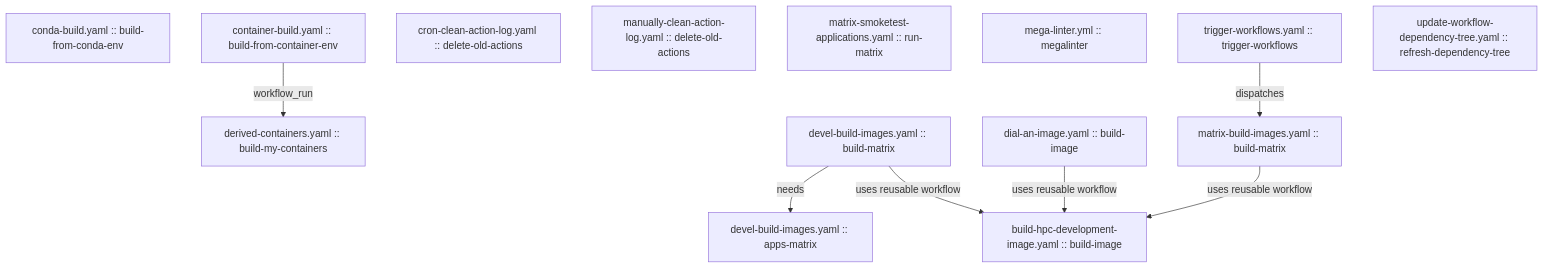
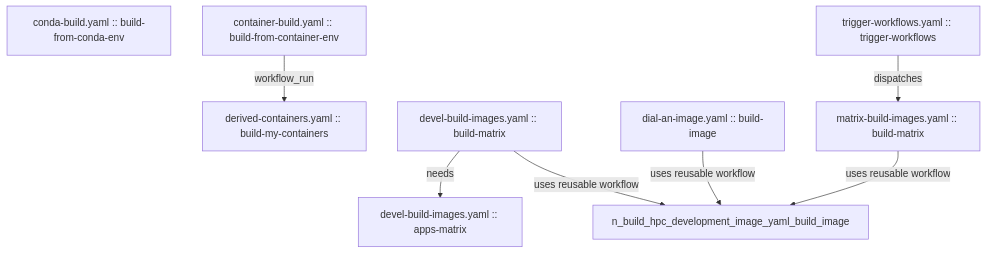
One commit to kedziora-csg/demo_github_actions changed the diagram in .github/workflows/DEPENDENCY_TREE.md. Above: the diagram before and after it, drawn with Mermaid. The commit also changed 3 other files, not shown here.

````diff
--- a/.github/workflows/DEPENDENCY_TREE.md
+++ b/.github/workflows/DEPENDENCY_TREE.md
@@ -9,24 +9,18 @@
 ```mermaid
 flowchart TD
-  n_build_hpc_development_image_yaml_build_image[build-hpc-development-image.yaml :: build-image]
   n_conda_build_yaml_build_from_conda_env[conda-build.yaml :: build-from-conda-env]
   n_container_build_yaml_build_from_container_env[container-build.yaml :: build-from-container-env]
-  n_cron_clean_action_log_yaml_delete_old_actions[cron-clean-action-log.yaml :: delete-old-actions]
   n_derived_containers_yaml_build_my_containers[derived-containers.yaml :: build-my-containers]
   n_devel_build_images_yaml_apps_matrix[devel-build-images.yaml :: apps-matrix]
   n_devel_build_images_yaml_build_matrix[devel-build-images.yaml :: build-matrix]
   n_dial_an_image_yaml_build_image[dial-an-image.yaml :: build-image]
-  n_manually_clean_action_log_yaml_delete_old_actions[manually-clean-action-log.yaml :: delete-old-actions]
   n_matrix_build_images_yaml_build_matrix[matrix-build-images.yaml :: build-matrix]
-  n_matrix_smoketest_applications_yaml_run_matrix[matrix-smoketest-applications.yaml :: run-matrix]
-  n_mega_linter_yml_megalinter[mega-linter.yml :: megalinter]
   n_trigger_workflows_yaml_trigger_workflows[trigger-workflows.yaml :: trigger-workflows]
-  n_update_workflow_dependency_tree_yaml_refresh_dependency_tree[update-workflow-dependency-tree.yaml :: refresh-dependency-tree]
 
   n_container_build_yaml_build_from_container_env -->|workflow_run| n_derived_containers_yaml_build_my_containers
   n_devel_build_images_yaml_build_matrix -->|uses reusable workflow| n_build_hpc_development_image_yaml_build_image
   n_devel_build_images_yaml_build_matrix -->|needs| n_devel_build_images_yaml_apps_matrix
   n_dial_an_image_yaml_build_image -->|uses reusable workflow| n_build_hpc_development_image_yaml_build_image
   n_matrix_build_images_yaml_build_matrix -->|uses reusable workflow| n_build_hpc_development_image_yaml_build_image
   n_trigger_workflows_yaml_trigger_workflows -->|dispatches| n_matrix_build_images_yaml_build_matrix
 ```
````
